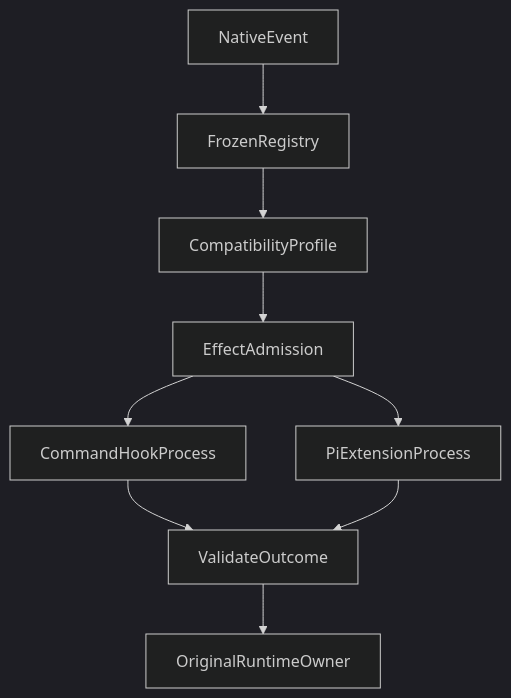
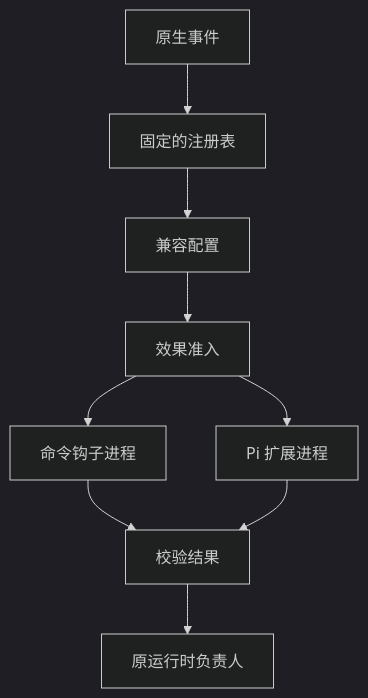
Before and after one commit to hpoenixf/eff-agent-article: the diagram in articles/agent-multi-ecosystem-hook-execution.md, drawn with Mermaid (dark theme). The commit also changed 52 other files, not shown here.

Commit message:
docs: localize diagrams and clarify flagship guides

````diff
--- a/articles/agent-multi-ecosystem-hook-execution.md
+++ b/articles/agent-multi-ecosystem-hook-execution.md
@@ -44,11 +44,11 @@
 ```mermaid
 graph TD
-NativeEvent --> FrozenRegistry
-FrozenRegistry --> CompatibilityProfile
-CompatibilityProfile --> EffectAdmission
-EffectAdmission --> CommandHookProcess
-EffectAdmission --> PiExtensionProcess
-CommandHookProcess --> ValidateOutcome
+NativeEvent["原生事件"] --> FrozenRegistry["固定的注册表"]
+FrozenRegistry --> CompatibilityProfile["兼容配置"]
+CompatibilityProfile --> EffectAdmission["效果准入"]
+EffectAdmission --> CommandHookProcess["命令钩子进程"]
+EffectAdmission --> PiExtensionProcess["Pi 扩展进程"]
+CommandHookProcess --> ValidateOutcome["校验结果"]
 PiExtensionProcess --> ValidateOutcome
-ValidateOutcome --> OriginalRuntimeOwner
+ValidateOutcome --> OriginalRuntimeOwner["原运行时负责人"]
 ```
````
